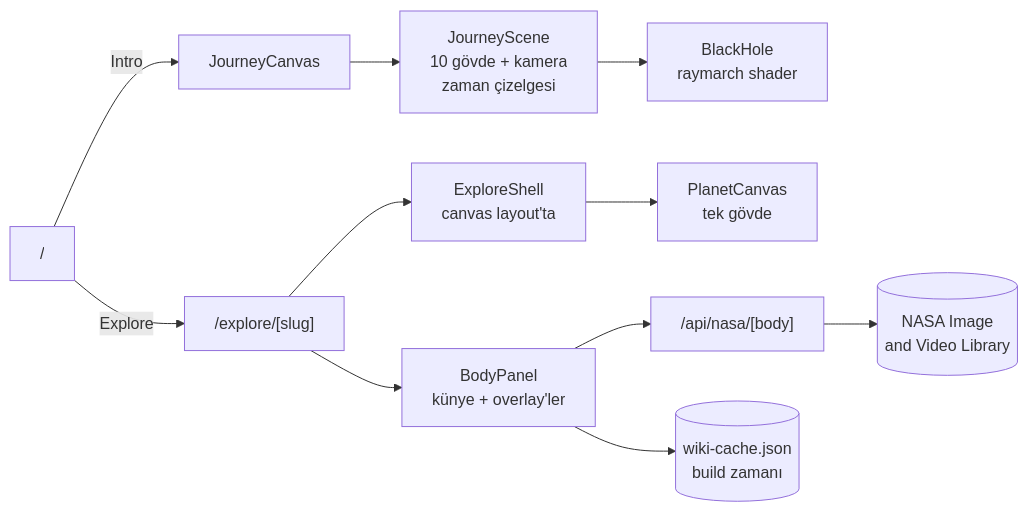
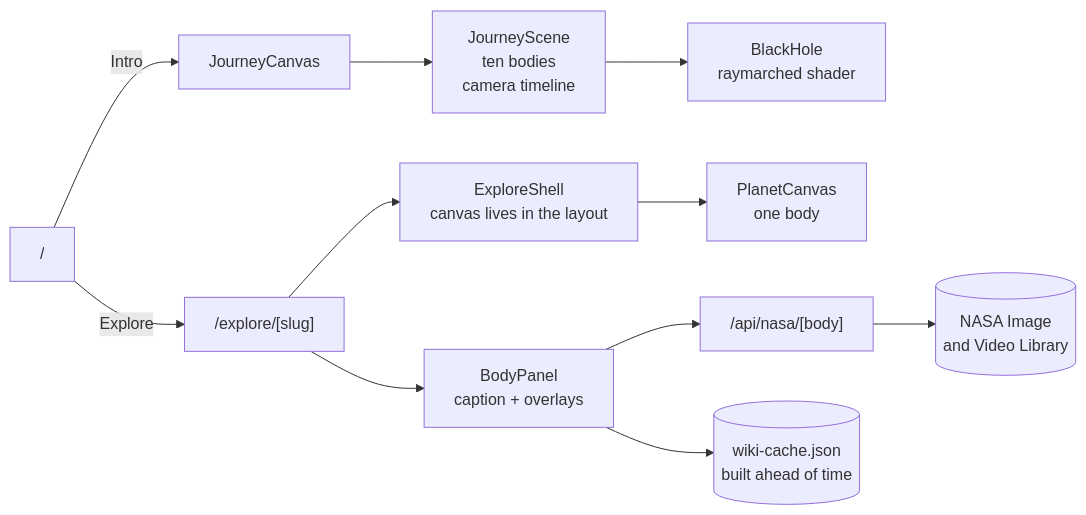
One commit to TanerTalas/Solar-System-Journey changed the diagram in README.md. Above: the diagram before and after it, drawn with Mermaid. The commit also changed other lines of this file, not shown here.

````diff
--- a/README.md
+++ b/README.md
@@ -83,13 +83,13 @@
 ```mermaid
 flowchart LR
     A["/"] -->|Intro| B[JourneyCanvas]
     A -->|Explore| C["/explore/[slug]"]
-    B --> D[JourneyScene<br/>10 gövde + kamera<br/>zaman çizelgesi]
-    D --> E[BlackHole<br/>raymarch shader]
-    C --> F[ExploreShell<br/>canvas layout'ta]
-    F --> G[PlanetCanvas<br/>tek gövde]
-    C --> H[BodyPanel<br/>künye + overlay'ler]
+    B --> D[JourneyScene<br/>ten bodies<br/>camera timeline]
+    D --> E[BlackHole<br/>raymarched shader]
+    C --> F[ExploreShell<br/>canvas lives in the layout]
+    F --> G[PlanetCanvas<br/>one body]
+    C --> H[BodyPanel<br/>caption + overlays]
     H --> I["/api/nasa/[body]"]
     I --> J[(NASA Image<br/>and Video Library)]
-    H --> K[(wiki-cache.json<br/>build zamanı)]
+    H --> K[(wiki-cache.json<br/>built ahead of time)]
 ```
````
